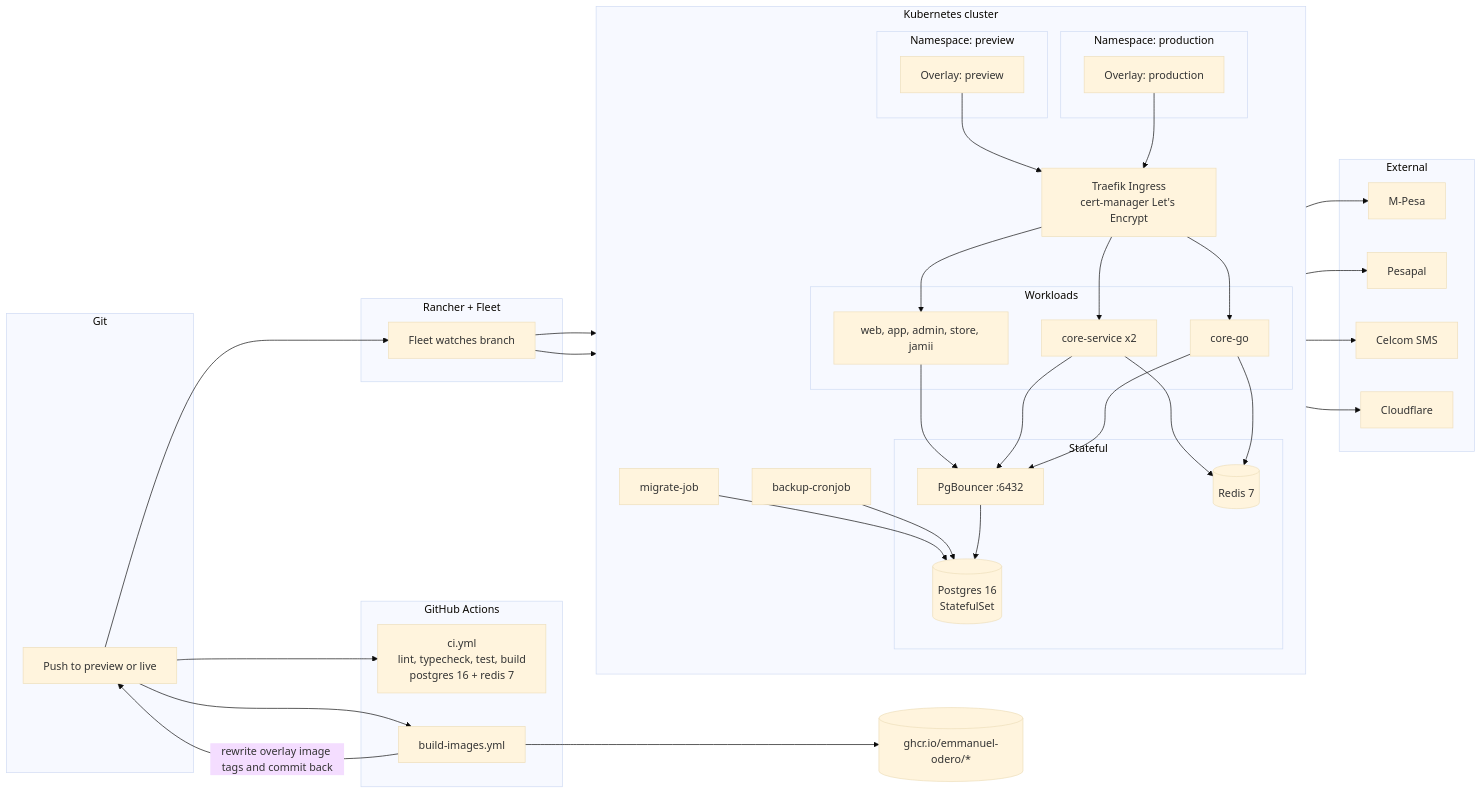
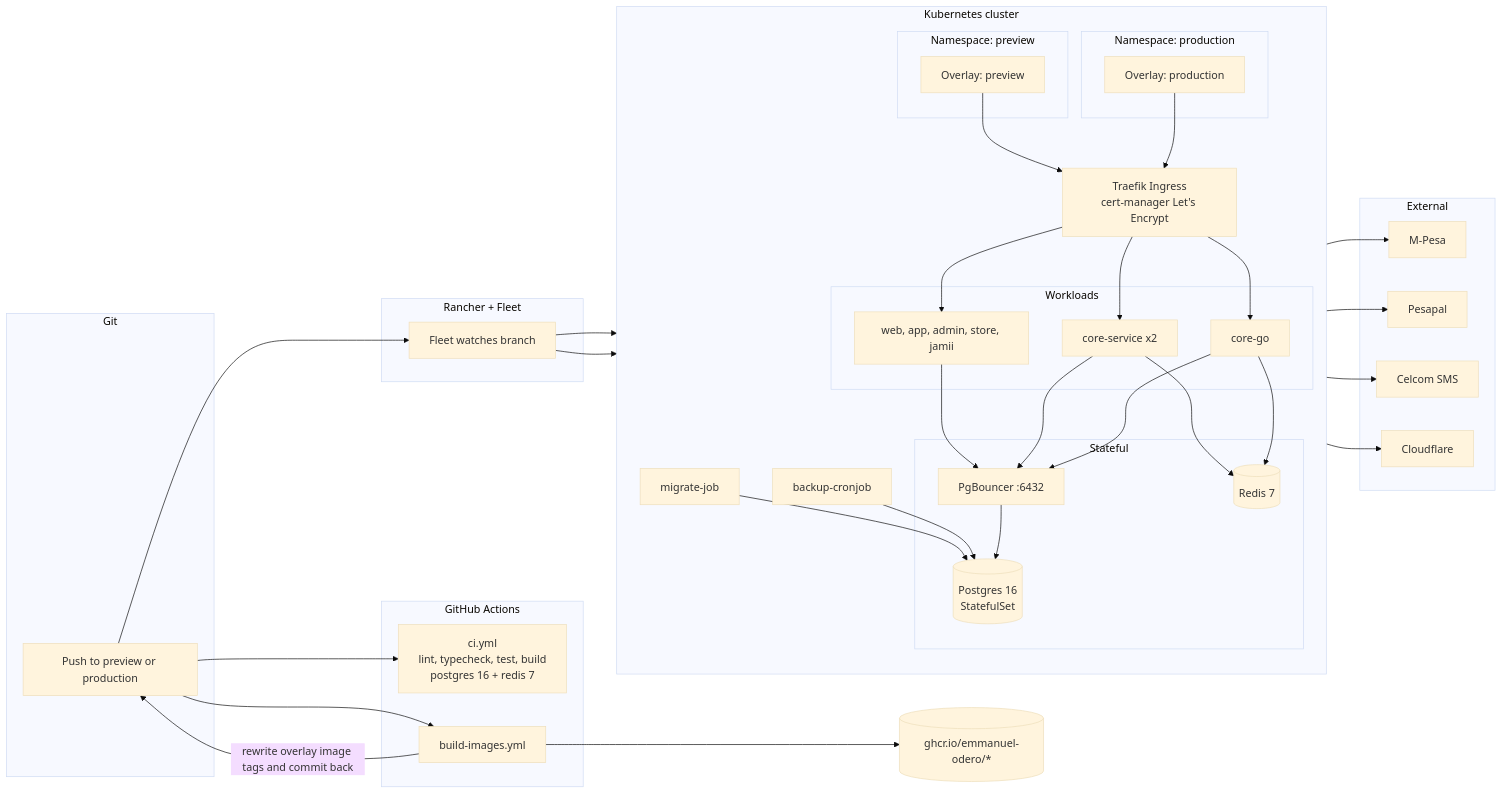
Before and after one commit to Emmanuel-Odero/esoqo: diagram 13 of 13 in docs/SDD.md, drawn with Mermaid (base theme). The commit also changed other lines of this file and 3 other files, not shown here.

````diff
--- a/docs/SDD.md
+++ b/docs/SDD.md
@@ -1457,72 +1457,72 @@
 ```mermaid
 flowchart LR
     subgraph Git
-        PUSH[Push to preview or live]
+        PUSH[Push to preview or production]
     end
 
     subgraph GHA["GitHub Actions"]
         CI[ci.yml<br/>lint, typecheck, test, build<br/>postgres 16 + redis 7]
         BI[build-images.yml]
     end
 
     GHCR[("ghcr.io/emmanuel-odero/*")]
 
     subgraph Rancher["Rancher + Fleet"]
         FLEET[Fleet watches branch]
     end
 
     subgraph Cluster["Kubernetes cluster"]
         direction TB
         subgraph NS1["Namespace: preview"]
             OVL1[Overlay: preview]
         end
         subgraph NS2["Namespace: production"]
             OVL2[Overlay: production]
         end
         K8S["Traefik Ingress<br/>cert-manager Let's Encrypt"]
         subgraph STATE["Stateful"]
             PGS[(Postgres 16<br/>StatefulSet)]
             PGB[PgBouncer :6432]
             RDS[(Redis 7)]
         end
         subgraph WORK["Workloads"]
             MGO["web, app, admin, store, jamii"]
             MSVC["core-service x2"]
             MGO2["core-go"]
         end
         MIG[migrate-job]
         BAK[backup-cronjob]
     end
 
     subgraph External
         MPE[M-Pesa]
         PES[Pesapal]
         CEL[Celcom SMS]
         CFS[Cloudflare]
     end
 
     PUSH --> CI
     PUSH --> BI
     BI --> GHCR
     BI -->|rewrite overlay image tags and commit back| PUSH
     PUSH --> FLEET
     FLEET --> OVL1
     FLEET --> OVL2
     OVL1 --> K8S
     OVL2 --> K8S
     K8S --> MGO
     K8S --> MSVC
     K8S --> MGO2
     MIG --> PGS
     BAK --> PGS
     MGO --> PGB
     MSVC --> PGB
     MGO2 --> PGB
     PGB --> PGS
     MSVC --> RDS
     MGO2 --> RDS
     MSVC --> MPE
     MSVC --> PES
     MGO2 --> CEL
     MSVC --> CFS
 ```
````
